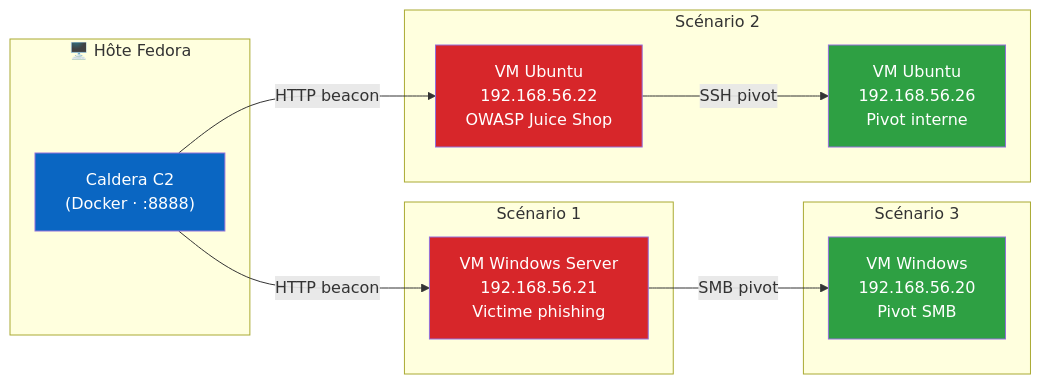
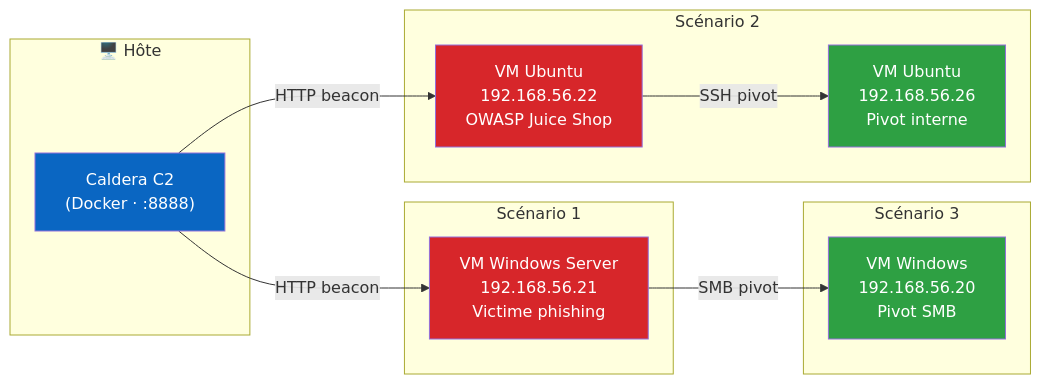
The first of 4 diagrams in README.md (SALMA-ESSAOUD/Adversary-Emulation-Lab-Caldera-MITRE-ATT-CK), drawn with Mermaid before and after one commit.

Commit message:
Change host name in README architecture diagram
Updated host name in architecture diagram.

````diff
--- a/README.md
+++ b/README.md
@@ -42,30 +42,30 @@
 ```mermaid
 flowchart LR
-    subgraph HOST["🖥️ Hôte Fedora"]
+    subgraph HOST["🖥️ Hôte "]
         C2["Caldera C2\n(Docker · :8888)"]
     end
 
     subgraph S1["Scénario 1"]
         WIN1["VM Windows Server\n192.168.56.21\nVictime phishing"]
     end
 
     subgraph S2["Scénario 2"]
         UB1["VM Ubuntu\n192.168.56.22\nOWASP Juice Shop"]
         UB2["VM Ubuntu\n192.168.56.26\nPivot interne"]
     end
 
     subgraph S3["Scénario 3"]
         WIN2["VM Windows\n192.168.56.20\nPivot SMB"]
     end
 
     C2 -->|HTTP beacon| WIN1
     C2 -->|HTTP beacon| UB1
     UB1 -->|SSH pivot| UB2
     WIN1 -->|SMB pivot| WIN2
 
     style C2 fill:#0A66C2,color:#fff
     style WIN1 fill:#D7262A,color:#fff
     style UB1 fill:#D7262A,color:#fff
     style UB2 fill:#2EA043,color:#fff
     style WIN2 fill:#2EA043,color:#fff
 ```
````
